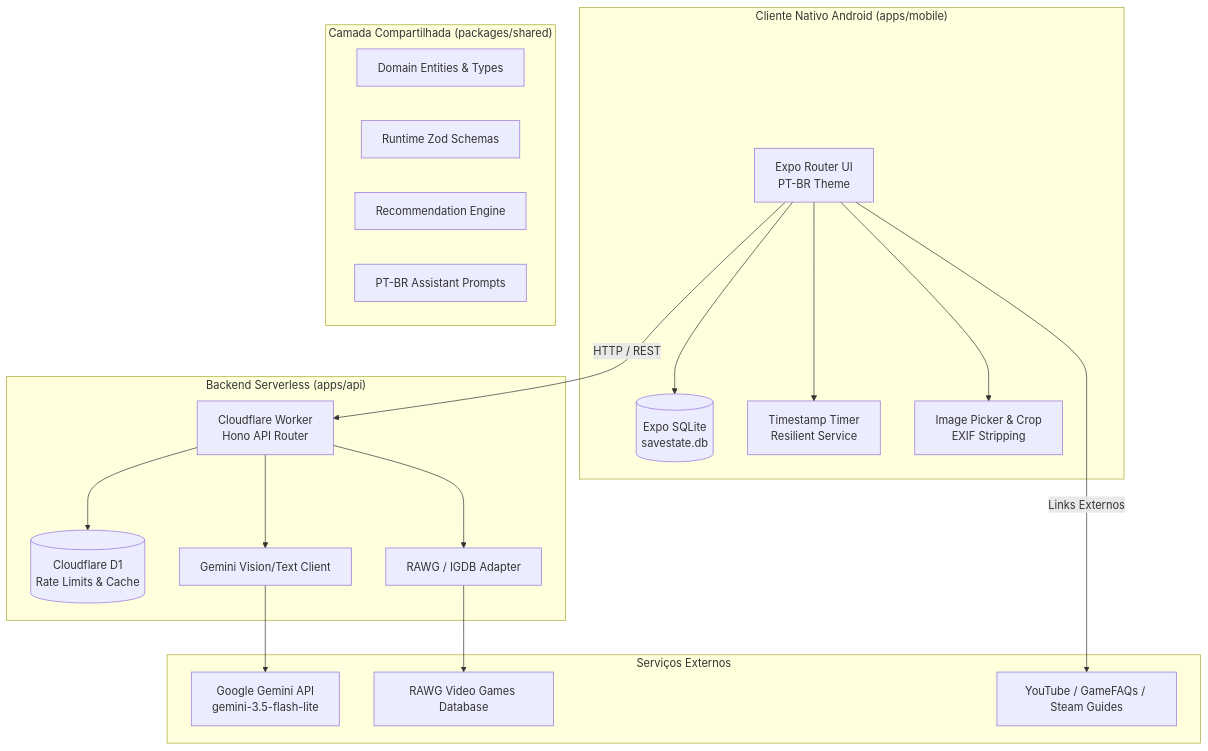
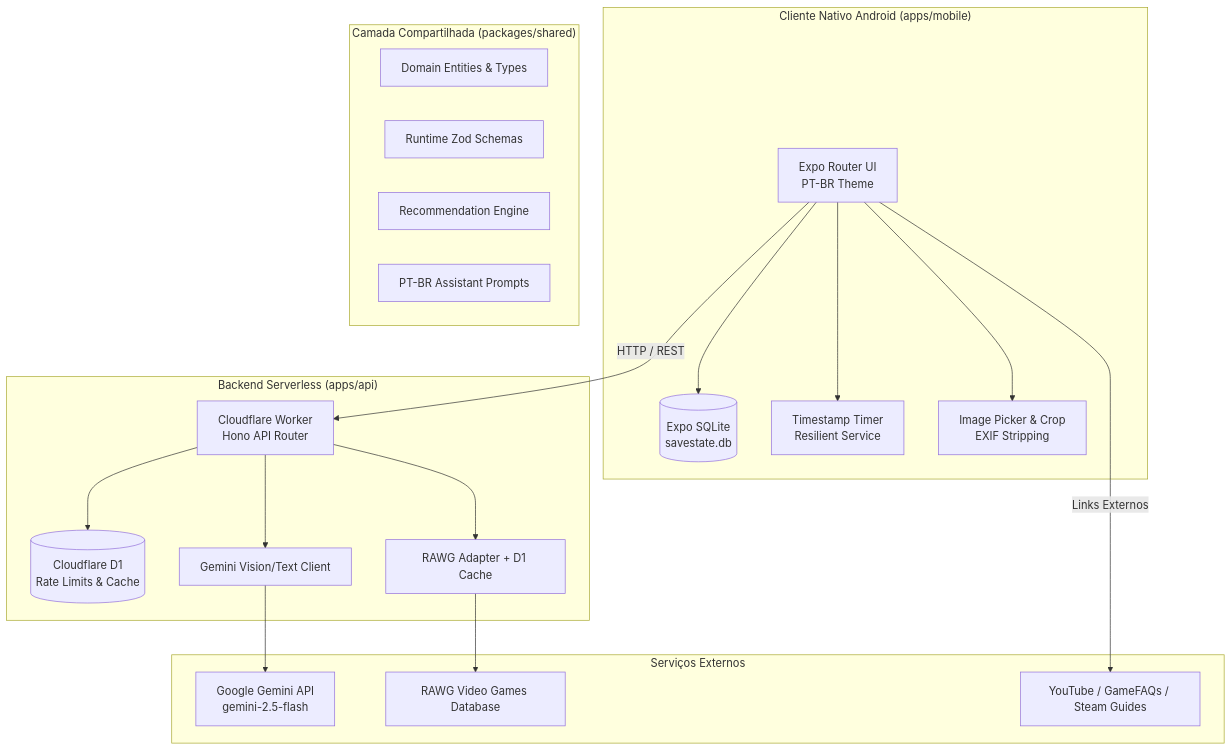
Before and after one commit to rlima-gif/savestate: the diagram in docs/ARCHITECTURE.md, drawn with Mermaid. The commit also changed 14 other files, not shown here.

````diff
--- a/docs/ARCHITECTURE.md
+++ b/docs/ARCHITECTURE.md
@@ -9,40 +9,40 @@
 ```mermaid
 graph TD
     subgraph "Cliente Nativo Android (apps/mobile)"
         UI[Expo Router UI<br/>PT-BR Theme]
         SQLite[(Expo SQLite<br/>savestate.db)]
         Timer[Timestamp Timer<br/>Resilient Service]
         Picker[Image Picker & Crop<br/>EXIF Stripping]
         UI --> SQLite
         UI --> Timer
         UI --> Picker
     end
 
     subgraph "Camada Compartilhada (packages/shared)"
         Types[Domain Entities & Types]
         Zod[Runtime Zod Schemas]
         Recom[Recommendation Engine]
         Prompts[PT-BR Assistant Prompts]
     end
 
     subgraph "Backend Serverless (apps/api)"
         Hono[Cloudflare Worker<br/>Hono API Router]
         D1[(Cloudflare D1<br/>Rate Limits & Cache)]
         GeminiClient[Gemini Vision/Text Client]
-        CatalogClient[RAWG / IGDB Adapter]
+        CatalogClient[RAWG Adapter + D1 Cache]
         Hono --> D1
         Hono --> GeminiClient
         Hono --> CatalogClient
     end
 
     subgraph "Serviços Externos"
-        GoogleAI[Google Gemini API<br/>gemini-3.5-flash-lite]
+        GoogleAI[Google Gemini API<br/>gemini-2.5-flash]
         RAWGAPI[RAWG Video Games Database]
         Community[YouTube / GameFAQs / Steam Guides]
     end
 
     UI -->|HTTP / REST| Hono
     GeminiClient --> GoogleAI
     CatalogClient --> RAWGAPI
     UI -->|Links Externos| Community
 ```
````
